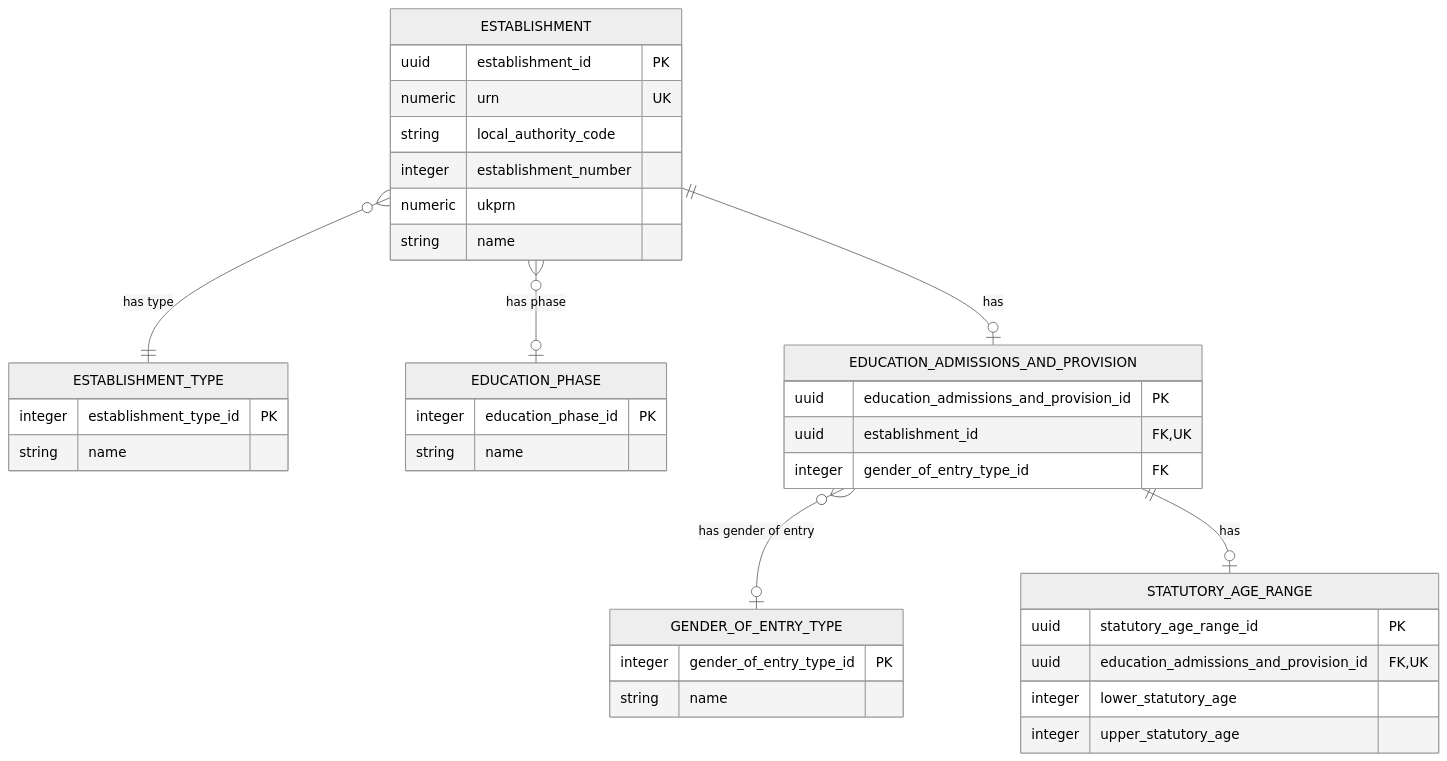
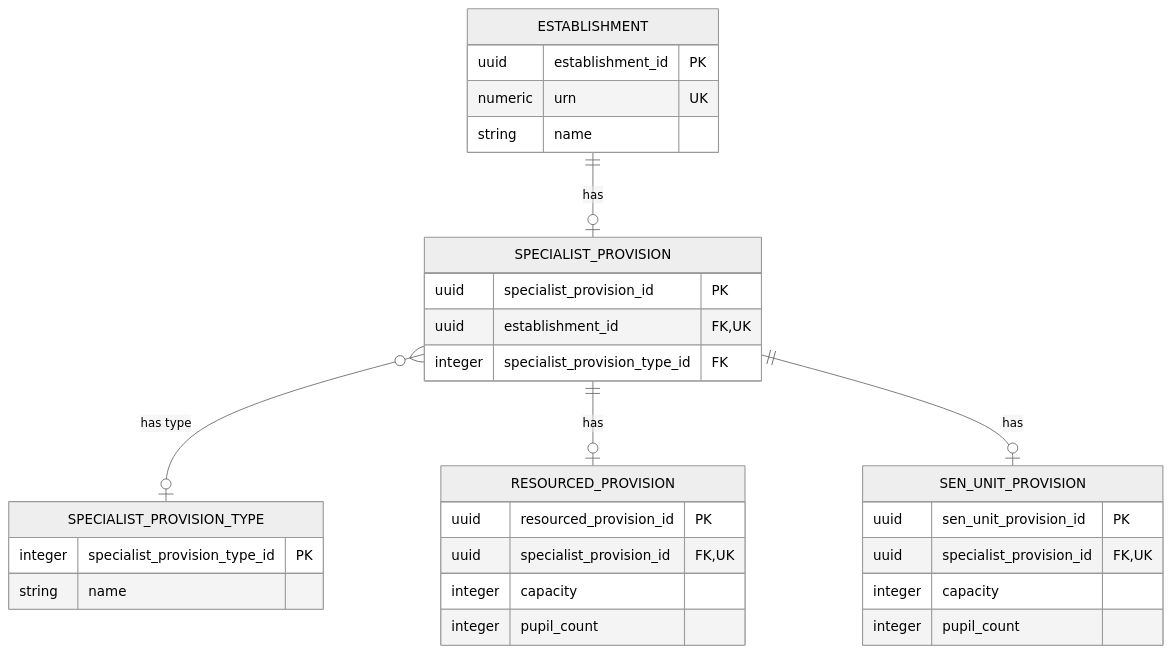
The second of 2 diagrams in models/logical/basic-establishment-data-logical-model.md (DFE-Digital/education-provider-registry-docs), drawn with Mermaid (neutral theme) before and after one commit. The commit also changed other lines of this file and 7 other files, not shown here.

````diff
--- a/models/logical/basic-establishment-data-logical-model.md
+++ b/models/logical/basic-establishment-data-logical-model.md
@@ -35,45 +138,38 @@
 ```mermaid
 erDiagram
-    ESTABLISHMENT }o--|| ESTABLISHMENT_TYPE : "has type"
-    ESTABLISHMENT }o--o| EDUCATION_PHASE : "has phase"
-    ESTABLISHMENT ||--o| EDUCATION_ADMISSIONS_AND_PROVISION : "has"
-    EDUCATION_ADMISSIONS_AND_PROVISION }o--o| GENDER_OF_ENTRY_TYPE : "has gender of entry"
-    EDUCATION_ADMISSIONS_AND_PROVISION ||--o| STATUTORY_AGE_RANGE : "has"
+    ESTABLISHMENT ||--o| SPECIALIST_PROVISION : "has"
+    SPECIALIST_PROVISION }o--o| SPECIALIST_PROVISION_TYPE : "has type"
+    SPECIALIST_PROVISION ||--o| RESOURCED_PROVISION : "has"
+    SPECIALIST_PROVISION ||--o| SEN_UNIT_PROVISION : "has"
 
     ESTABLISHMENT {
         uuid establishment_id PK
         numeric urn UK
-        string local_authority_code
-        integer establishment_number
-        numeric ukprn
         string name
     }
 
-    ESTABLISHMENT_TYPE {
-        integer establishment_type_id PK
+    SPECIALIST_PROVISION {
+        uuid specialist_provision_id PK
+        uuid establishment_id FK, UK
+        integer specialist_provision_type_id FK
+    }
+
+    SPECIALIST_PROVISION_TYPE {
+        integer specialist_provision_type_id PK
         string name
     }
 
-    EDUCATION_PHASE {
-        integer education_phase_id PK
-        string name
+    RESOURCED_PROVISION {
+        uuid resourced_provision_id PK
+        uuid specialist_provision_id FK, UK
+        integer capacity
+        integer pupil_count
     }
 
-    GENDER_OF_ENTRY_TYPE {
-        integer gender_of_entry_type_id PK
-        string name
-    }
-
-    EDUCATION_ADMISSIONS_AND_PROVISION {
-        uuid education_admissions_and_provision_id PK
-        uuid establishment_id FK, UK
-        integer gender_of_entry_type_id FK
-    }
-
-    STATUTORY_AGE_RANGE {
-        uuid statutory_age_range_id PK
-        uuid education_admissions_and_provision_id FK, UK
-        integer lower_statutory_age
-        integer upper_statutory_age
+    SEN_UNIT_PROVISION {
+        uuid sen_unit_provision_id PK
+        uuid specialist_provision_id FK, UK
+        integer capacity
+        integer pupil_count
     }
 ```
````
